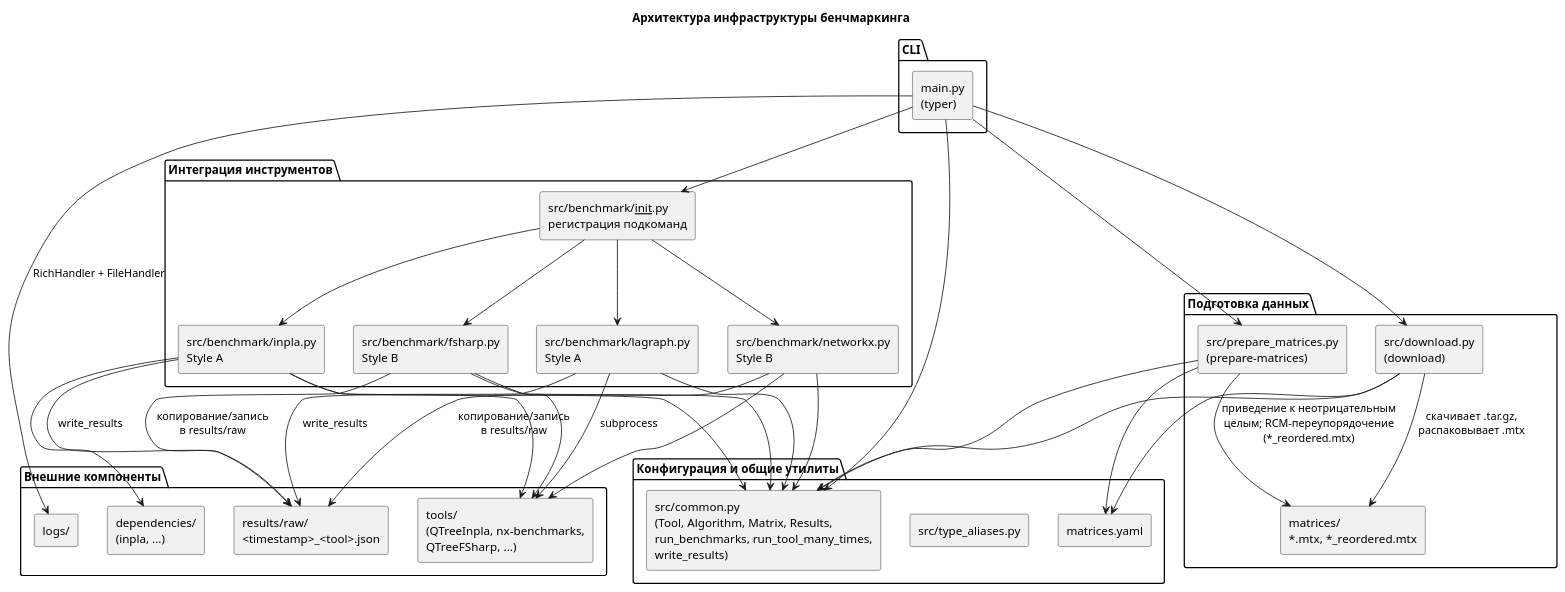
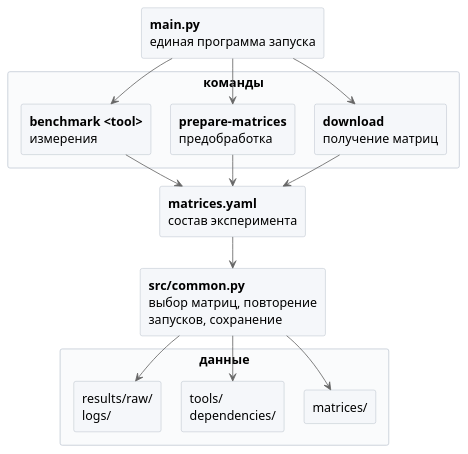
The diagram in reports/master2/figures/arch.puml (WoWaster/documents), drawn with PlantUML before and after one commit. The commit also changed 14 other files, not shown here.

```diff
--- a/reports/master2/figures/arch.puml
+++ b/reports/master2/figures/arch.puml
@@ -1,71 +1,46 @@
-@startuml arch
-title Архитектура инфраструктуры бенчмаркинга
-
-skinparam componentStyle rectangle
-
-package "CLI" {
-  [main.py\n(typer)] as main
+@startuml
+skinparam shadowing false
+skinparam defaultFontSize 15
+skinparam ArrowColor #666666
+skinparam nodesep 24
+skinparam ranksep 38
+skinparam packageStyle rectangle
+skinparam rectangle {
+  BackgroundColor #F5F7FA
+  BorderColor #AAB4C0
+}
+skinparam package {
+  BackgroundColor #FAFBFC
+  BorderColor #C4CCD6
 }
 
-package "Конфигурация и общие утилиты" {
-  [src/common.py\n(Tool, Algorithm, Matrix, Results,\nrun_benchmarks, run_tool_many_times,\nwrite_results)] as common
-  [src/type_aliases.py] as types
-  [matrices.yaml] as config
+rectangle "**main.py**\nединая программа запуска" as main
+
+package "команды" {
+  rectangle "**download**\nполучение матриц" as dl
+  rectangle "**prepare-matrices**\nпредобработка" as prep
+  rectangle "**benchmark <tool>**\nизмерения" as bench
 }
 
-package "Подготовка данных" {
-  [src/download.py\n(download)] as download
-  [src/prepare_matrices.py\n(prepare-matrices)] as prepare
-  [matrices/\n*.mtx, *_reordered.mtx] as matrices
+rectangle "**matrices.yaml**\nсостав эксперимента" as cfg
+rectangle "**src/common.py**\nвыбор матриц, повторение\nзапусков, сохранение" as common
+
+package "данные" {
+  rectangle "matrices/" as mtx
+  rectangle "tools/\ndependencies/" as tools
+  rectangle "results/raw/\nlogs/" as res
 }
 
-package "Интеграция инструментов" {
-  [src/benchmark/__init__.py\nрегистрация подкоманд] as bench_init
-  [src/benchmark/lagraph.py\nStyle A] as lagraph
-  [src/benchmark/inpla.py\nStyle A] as inpla
-  [src/benchmark/networkx.py\nStyle B] as networkx
-  [src/benchmark/fsharp.py\nStyle B] as fsharp
-}
+main --> dl
+main --> prep
+main --> bench
 
-package "Внешние компоненты" {
-  [tools/\n(QTreeInpla, nx-benchmarks,\nQTreeFSharp, ...)] as tools
-  [dependencies/\n(inpla, ...)] as deps
-  [results/raw/\n<timestamp>_<tool>.json] as results
-  [logs/] as logs
-}
+dl --> cfg
+prep --> cfg
+bench --> cfg
 
-main --> bench_init
-bench_init --> lagraph
-bench_init --> inpla
-bench_init --> networkx
-bench_init --> fsharp
-
-main --> download
-main --> prepare
-
-download --> config
-download --> matrices : скачивает .tar.gz,\nраспаковывает .mtx
-prepare --> config
-prepare --> matrices : приведение к неотрицательным\nцелым; RCM-переупорядочение\n(*_reordered.mtx)
-
-lagraph --> common
-inpla --> common
-networkx --> common
-fsharp --> common
-download --> common
-prepare --> common
-main --> common
-
-lagraph --> tools : subprocess
-inpla --> tools
-inpla --> deps
-networkx --> tools
-fsharp --> tools
-
-lagraph --> results : write_results
-inpla --> results : write_results
-networkx --> results : копирование/запись\nв results/raw
-fsharp --> results : копирование/запись\nв results/raw
-
-main --> logs : RichHandler + FileHandler
+cfg --> common
+common --> mtx
+common --> tools
+common --> res
 @enduml
```
